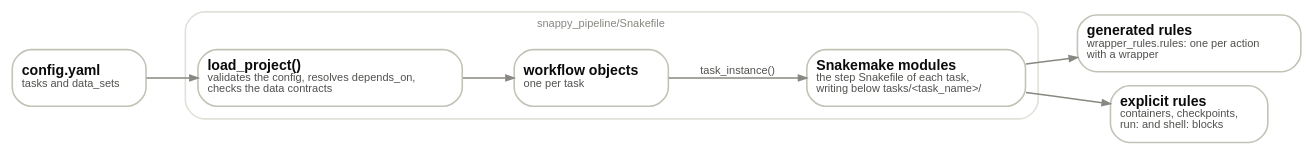
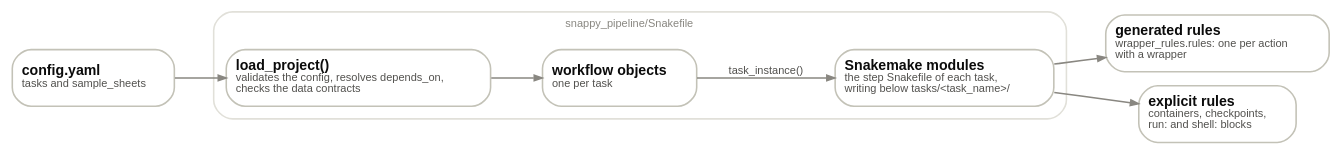
The first of 3 diagrams in docs/dev_intro.md (bihealth/snappy-pipeline), drawn with Graphviz before and after one commit. The commit also changed other lines of this file and 153 other files, not shown here.

````diff
--- a/docs/dev_intro.md
+++ b/docs/dev_intro.md
@@ -60,23 +60,23 @@
 ```{graphviz}
 :alt: config.yaml, load_project(), one workflow object per task, one Snakemake module per task, and the generated and explicit rules
 
 digraph config_to_rules {
     rankdir=LR; newrank=true; nodesep=0.12; ranksep=0.45;
     bgcolor="transparent"; fontname="Helvetica";
     node [shape=box, style="rounded,filled", fillcolor="#ffffff", color="#c3c2b7", fontname="Helvetica", fontsize=9, fontcolor="#0b0b0b", margin="0.08,0.03"];
     edge [arrowsize=0.5, penwidth=1.0, color="#898781", fontname="Helvetica", fontsize=7, fontcolor="#52514e"];
-    config [label=<<B>config.yaml</B><BR ALIGN="LEFT"/><FONT POINT-SIZE="7" COLOR="#52514e">tasks and data_sets</FONT><BR ALIGN="LEFT"/>>];
+    config [label=<<B>config.yaml</B><BR ALIGN="LEFT"/><FONT POINT-SIZE="7" COLOR="#52514e">tasks and sample_sheets</FONT><BR ALIGN="LEFT"/>>];
     subgraph cluster_snakefile {
         label=<<FONT POINT-SIZE="7" COLOR="#898781">snappy_pipeline/Snakefile</FONT>>; color="#e1e0d9"; style="rounded"; labelloc=t;
         load [label=<<B>load_project()</B><BR ALIGN="LEFT"/><FONT POINT-SIZE="7" COLOR="#52514e">validates the config, resolves depends_on,</FONT><BR ALIGN="LEFT"/><FONT POINT-SIZE="7" COLOR="#52514e">checks the data contracts</FONT><BR ALIGN="LEFT"/>>];
         objects [label=<<B>workflow objects</B><BR ALIGN="LEFT"/><FONT POINT-SIZE="7" COLOR="#52514e">one per task</FONT><BR ALIGN="LEFT"/>>];
         modules [label=<<B>Snakemake modules</B><BR ALIGN="LEFT"/><FONT POINT-SIZE="7" COLOR="#52514e">the step Snakefile of each task,</FONT><BR ALIGN="LEFT"/><FONT POINT-SIZE="7" COLOR="#52514e">writing below tasks/&lt;task_name&gt;/</FONT><BR ALIGN="LEFT"/>>];
     }
     generated [label=<<B>generated rules</B><BR ALIGN="LEFT"/><FONT POINT-SIZE="7" COLOR="#52514e">wrapper_rules.rules: one per action</FONT><BR ALIGN="LEFT"/><FONT POINT-SIZE="7" COLOR="#52514e">with a wrapper</FONT><BR ALIGN="LEFT"/>>];
     explicit [label=<<B>explicit rules</B><BR ALIGN="LEFT"/><FONT POINT-SIZE="7" COLOR="#52514e">containers, checkpoints,</FONT><BR ALIGN="LEFT"/><FONT POINT-SIZE="7" COLOR="#52514e">run: and shell: blocks</FONT><BR ALIGN="LEFT"/>>];
     config -> load -> objects;
     objects -> modules [label="task_instance()"];
     modules -> generated;
     modules -> explicit;
 }
 ```
````
